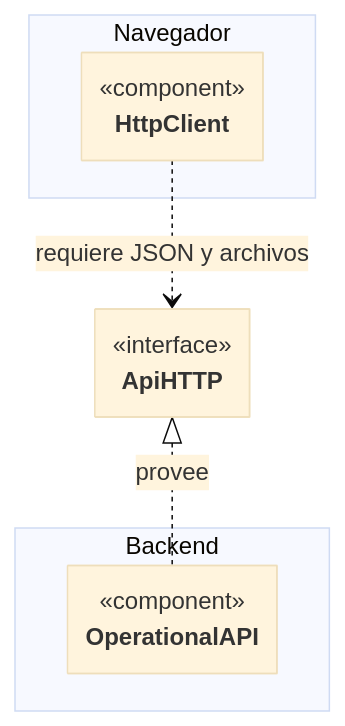
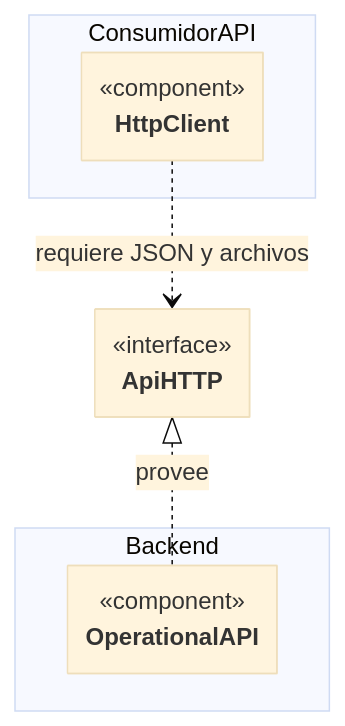
Before and after one commit to gpgsistemas01/nexus: the first of 3 diagrams in back/docs/architecture/views/logical/01-components-and-reuse.md, drawn with Mermaid (base theme). The commit also changed other lines of this file and 26 other files, not shown here.

Commit message:
docs: focus backend architecture on API and align issue use cases

````diff
--- a/back/docs/architecture/views/logical/01-components-and-reuse.md
+++ b/back/docs/architecture/views/logical/01-components-and-reuse.md
@@ -13,19 +13,19 @@
 ```mermaid
 ---
 config:
   class:
     hideEmptyMembersBox: true
 ---
 classDiagram
     direction TB
-    namespace Navegador {
+    namespace ConsumidorAPI {
         class HttpClient { <<component>> }
     }
     namespace Backend {
         class OperationalAPI { <<component>> }
     }
     class ApiHTTP { <<interface>> }
 
     HttpClient ..> ApiHTTP : requiere JSON y archivos
     ApiHTTP <|.. OperationalAPI : provee
 ```
````
